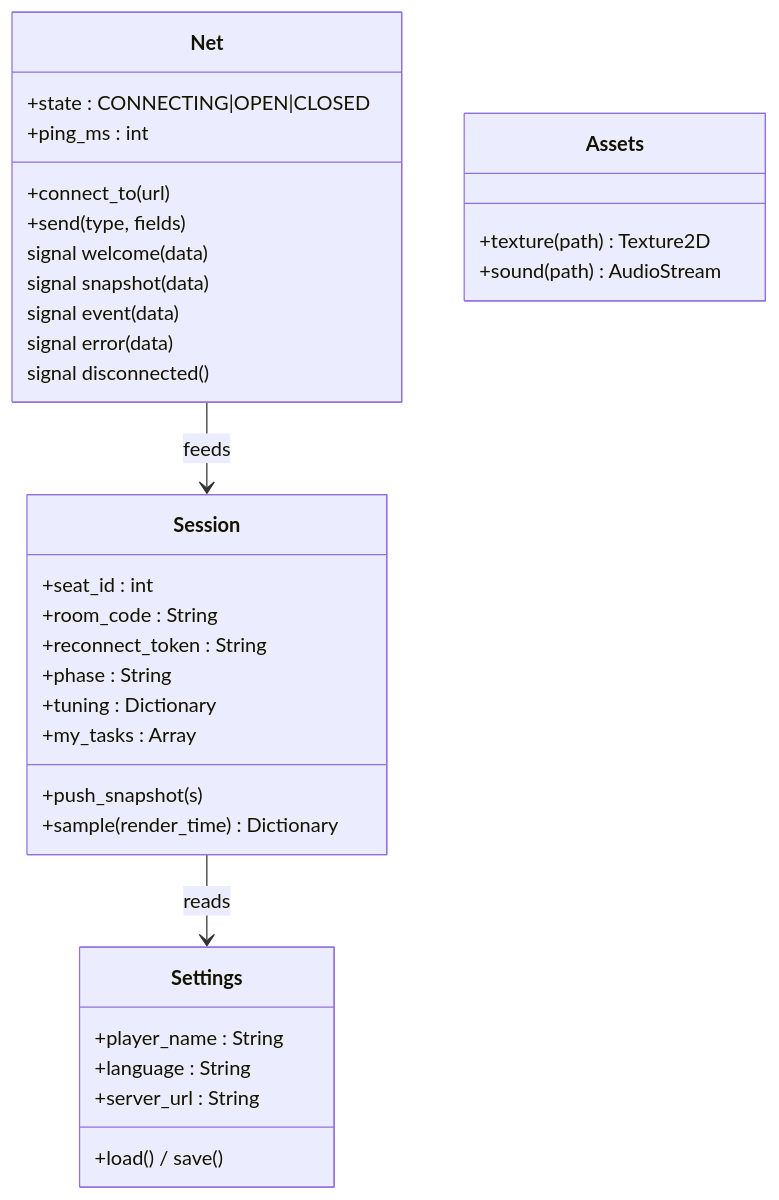
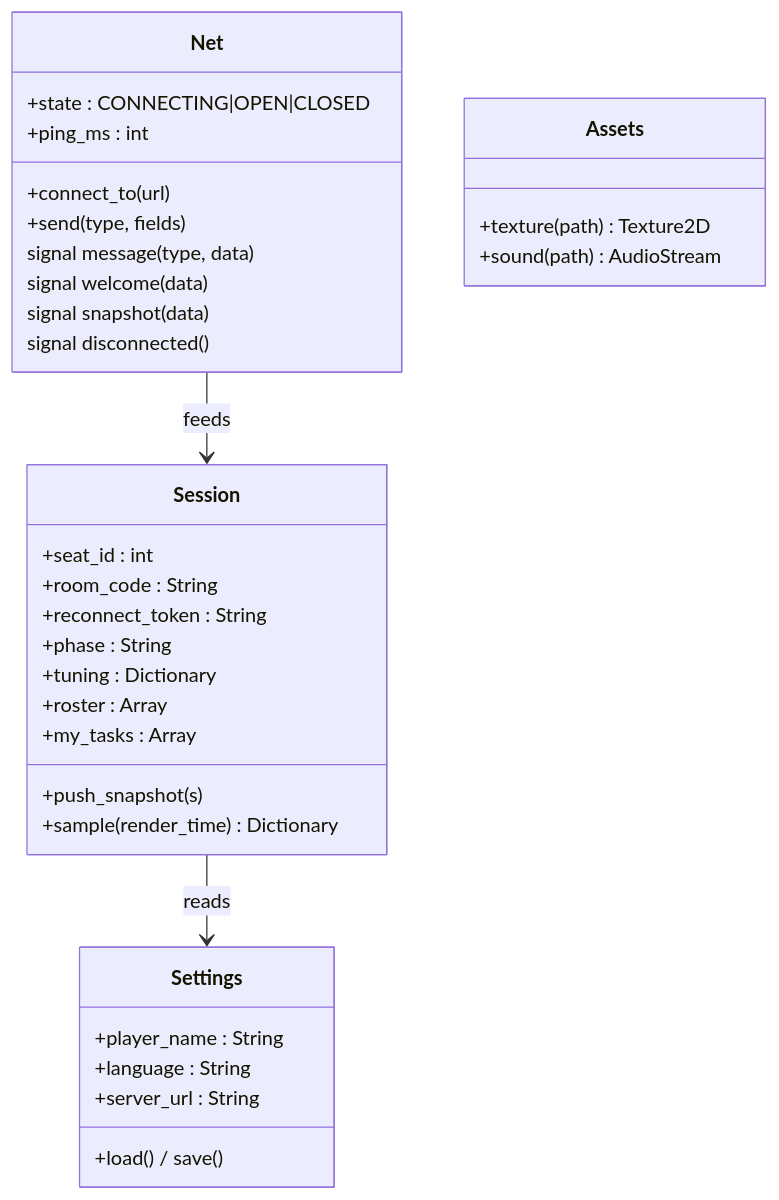
One commit to Faouzi-Blibech/EcoSus-Uncycled changed the first of 4 diagrams in docs/architecture/03-client.md. Above: the diagram before and after it, drawn with Mermaid. The commit also changed other lines of this file and 11 other files, not shown here.

Commit message:
docs: second design review (2026-11-14) for the architecture views and the design spec

````diff
--- a/docs/architecture/03-client.md
+++ b/docs/architecture/03-client.md
@@ -46,36 +46,36 @@
 ```mermaid
 classDiagram
     class Net {
         +connect_to(url)
         +send(type, fields)
         +state : CONNECTING|OPEN|CLOSED
         +ping_ms : int
+        signal message(type, data)
         signal welcome(data)
         signal snapshot(data)
-        signal event(data)
-        signal error(data)
         signal disconnected()
     }
     class Session {
         +seat_id : int
         +room_code : String
         +reconnect_token : String
         +phase : String
         +tuning : Dictionary
+        +roster : Array
         +my_tasks : Array
         +push_snapshot(s)
         +sample(render_time) Dictionary
     }
     class Settings {
         +player_name : String
         +language : String
         +server_url : String
         +load() / save()
     }
     class Assets {
         +texture(path) Texture2D
         +sound(path) AudioStream
     }
     Net --> Session : feeds
     Session --> Settings : reads
 ```
````
